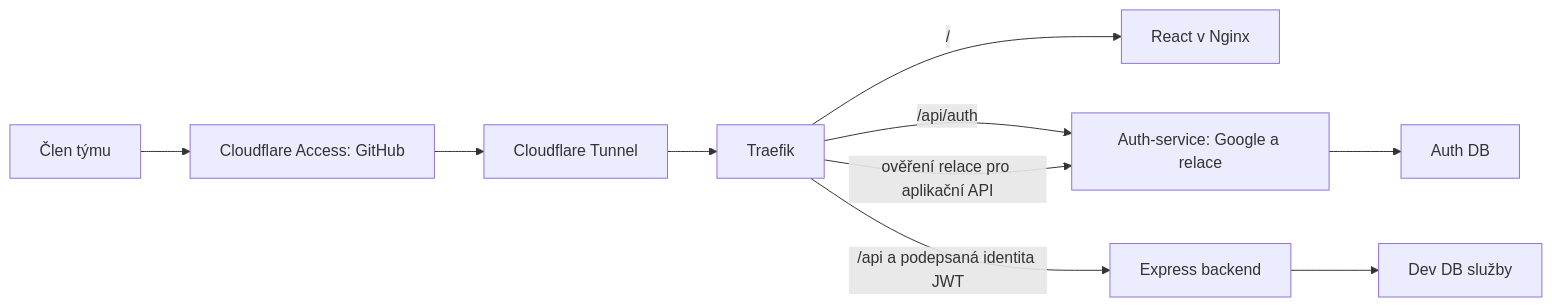
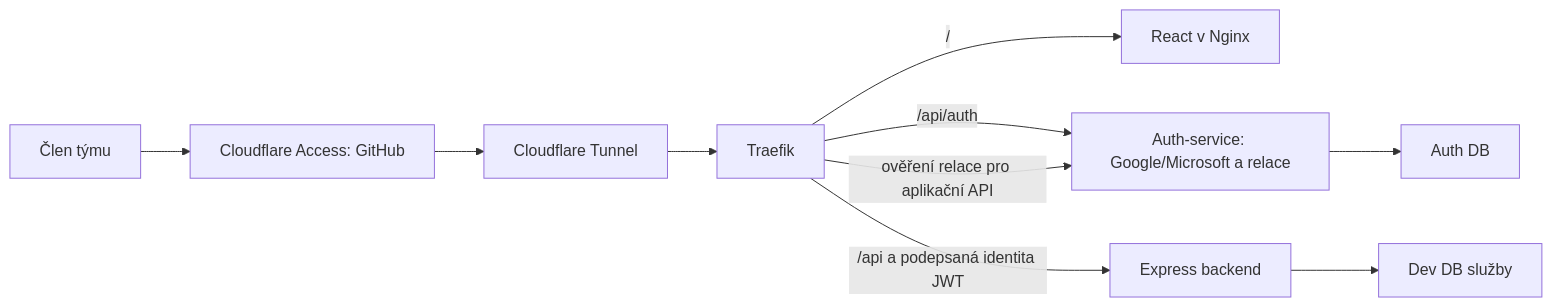
Before and after one commit to Geo-Cube/anico: the diagram in docs/PREHLED-PRO-TYM.md, drawn with Mermaid. The commit also changed other lines of this file and 7 other files, not shown here.

````diff
--- a/docs/PREHLED-PRO-TYM.md
+++ b/docs/PREHLED-PRO-TYM.md
@@ -33,12 +33,12 @@
 ```mermaid
 flowchart LR
   U[Člen týmu] --> A[Cloudflare Access: GitHub]
   A --> T[Cloudflare Tunnel]
   T --> P[Traefik]
   P -->|/| F[React v Nginx]
-  P -->|/api/auth| S[Auth-service: Google a relace]
+  P -->|/api/auth| S[Auth-service: Google/Microsoft a relace]
   P -->|ověření relace pro aplikační API| S
   P -->|/api a podepsaná identita JWT| B[Express backend]
   S --> AD[Auth DB]
   B --> D[Dev DB služby]
 ```
````
